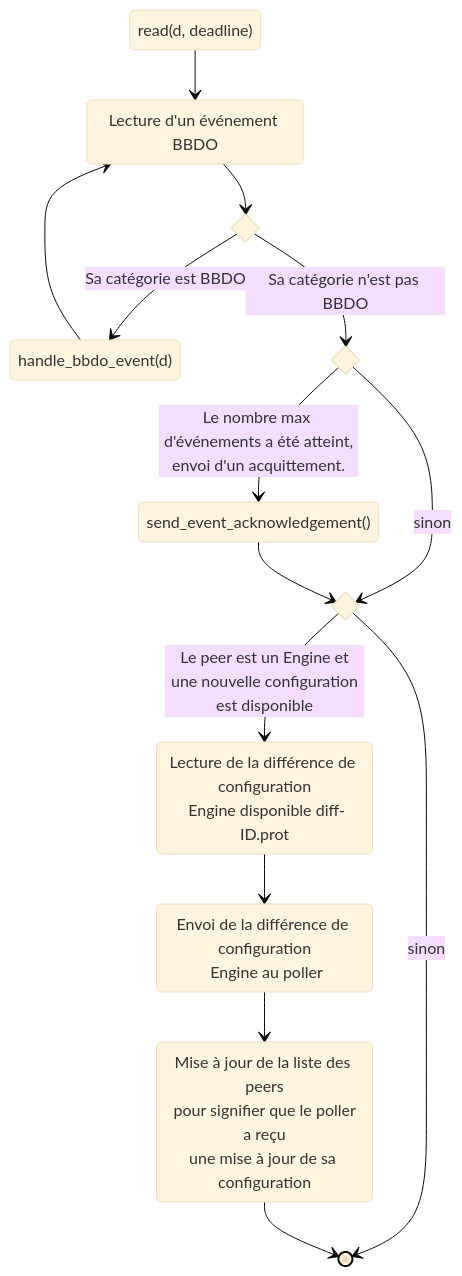
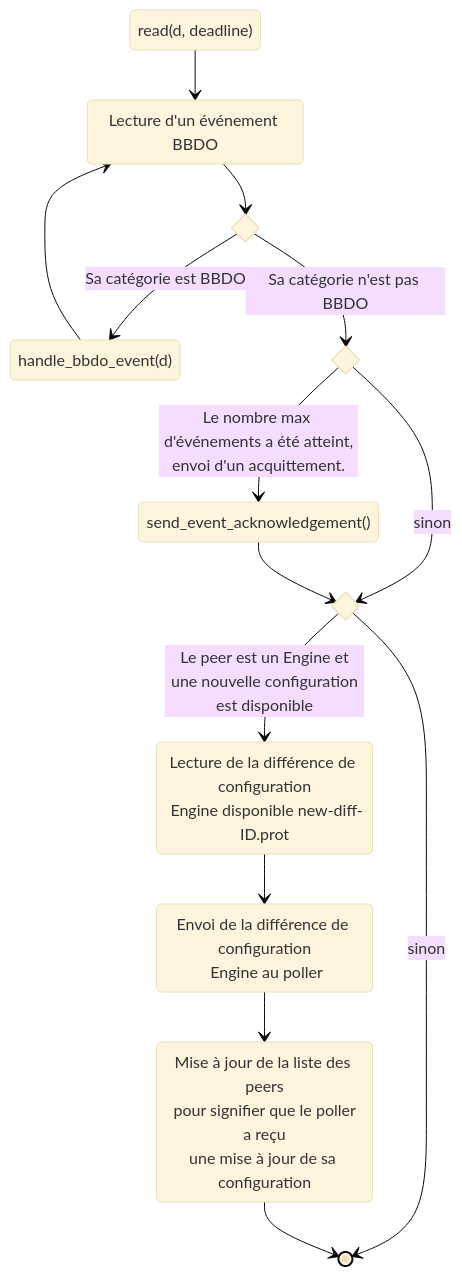
One commit to centreon/centreon-collect changed the sixth of 13 diagrams in doc/nego-engine-broker/02-configuration-delivery-fr.md. Above: the diagram before and after it, drawn with Mermaid (base theme). The commit also changed other lines of this file and 7 other files, not shown here.

````diff
--- a/doc/nego-engine-broker/02-configuration-delivery-fr.md
+++ b/doc/nego-engine-broker/02-configuration-delivery-fr.md
@@ -378,24 +361,24 @@
 ```mermaid
 stateDiagram-v2
     read: read(d, deadline)
     read_one_event: Lecture d'un événement BBDO
     read --> read_one_event
     state if_bbdo_event <<choice>>
     read_one_event --> if_bbdo_event
     if_bbdo_event --> handle_bbdo_event(d): Sa catégorie est BBDO
     state if_ack_needed <<choice>>
     if_bbdo_event --> if_ack_needed: Sa catégorie n'est pas BBDO
     handle_bbdo_event(d) --> read_one_event
     if_ack_needed --> send_event_acknowledgement(): Le nombre max d'événements a été atteint,<br/>envoi d'un acquittement.
     state if_peer_is_engine <<choice>>
     if_ack_needed --> if_peer_is_engine: sinon
     send_event_acknowledgement() --> if_peer_is_engine
-    read_conf: Lecture de la différence de configuration<br/> Engine disponible diff-ID.prot
+    read_conf: Lecture de la différence de configuration<br/> Engine disponible new-diff-ID.prot
     if_peer_is_engine --> read_conf: Le peer est un Engine et<br/> une nouvelle configuration est disponible
     if_peer_is_engine --> [*]: sinon
     send_conf: Envoi de la différence de configuration<br/> Engine au poller
     read_conf --> send_conf
     update_peers: Mise à jour de la liste des peers<br/> pour signifier que le poller a reçu<br/>une mise à jour de sa configuration
     send_conf --> update_peers
     update_peers --> [*]
 ```
````
